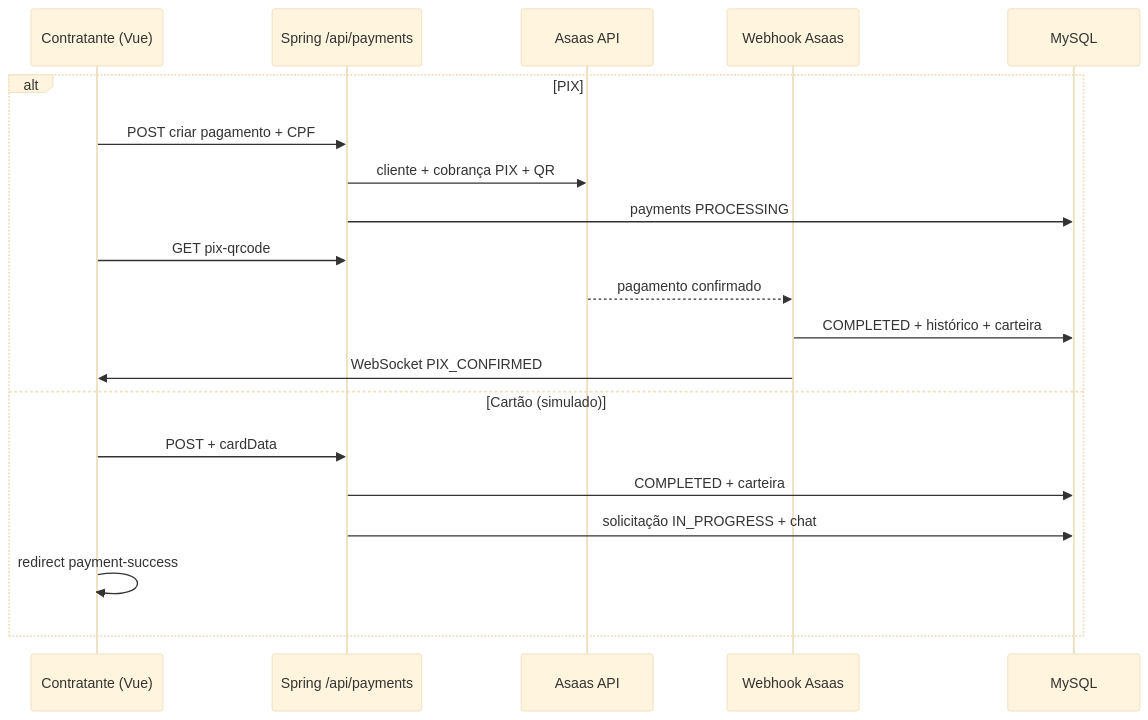
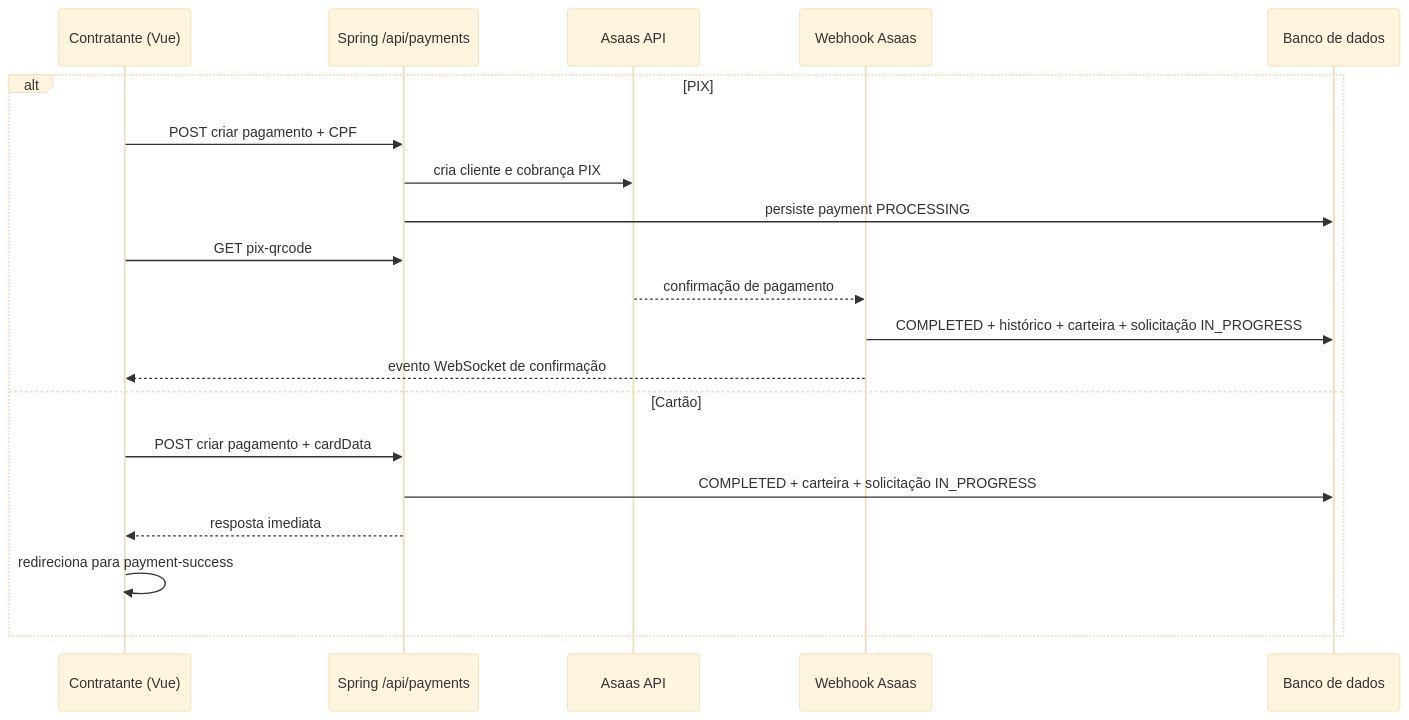
One commit to w1ze55/ServiJa changed the diagram in docs/dev/tcc-pagamento.md. Above: the diagram before and after it, drawn with Mermaid (base theme). The commit also changed other lines of this file and 13 other files, not shown here.

````diff
--- a/docs/dev/tcc-pagamento.md
+++ b/docs/dev/tcc-pagamento.md
@@ -160,23 +458,23 @@
 ```mermaid
 sequenceDiagram
   participant C as Contratante (Vue)
   participant API as Spring /api/payments
   participant A as Asaas API
   participant W as Webhook Asaas
-  participant DB as MySQL
+  participant DB as Banco de dados
 
   alt PIX
     C->>API: POST criar pagamento + CPF
-    API->>A: cliente + cobrança PIX + QR
-    API->>DB: payments PROCESSING
+    API->>A: cria cliente e cobrança PIX
+    API->>DB: persiste payment PROCESSING
     C->>API: GET pix-qrcode
-    A-->>W: pagamento confirmado
-    W->>DB: COMPLETED + histórico + carteira
-    W->>C: WebSocket PIX_CONFIRMED
-  else Cartão (simulado)
-    C->>API: POST + cardData
-    API->>DB: COMPLETED + carteira
-    API->>DB: solicitação IN_PROGRESS + chat
-    C->>C: redirect payment-success
+    A-->>W: confirmação de pagamento
+    W->>DB: COMPLETED + histórico + carteira + solicitação IN_PROGRESS
+    W-->>C: evento WebSocket de confirmação
+  else Cartão
+    C->>API: POST criar pagamento + cardData
+    API->>DB: COMPLETED + carteira + solicitação IN_PROGRESS
+    API-->>C: resposta imediata
+    C->>C: redireciona para payment-success
   end
 ```
````
